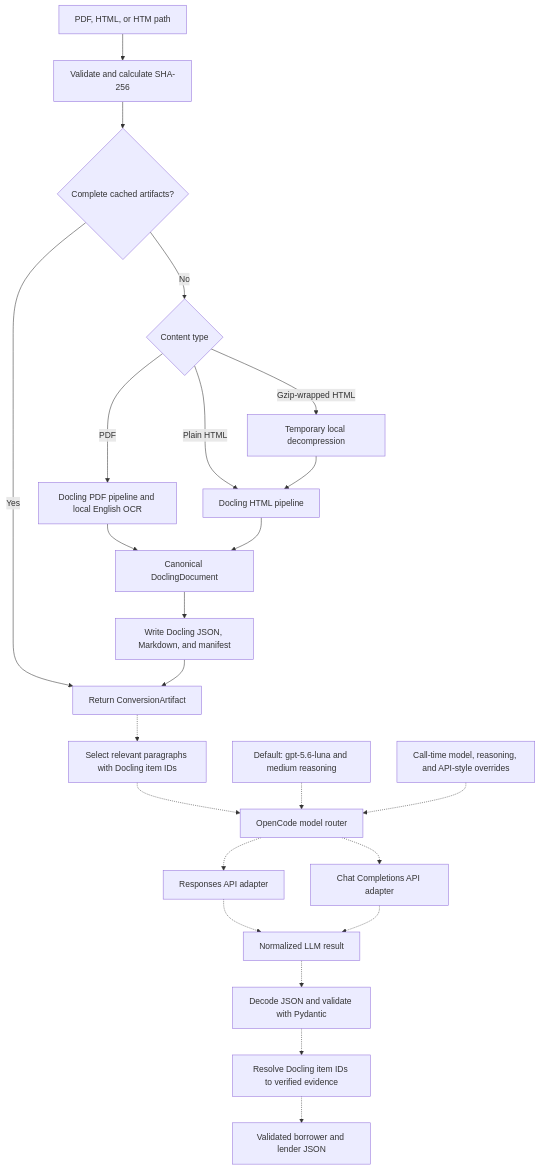
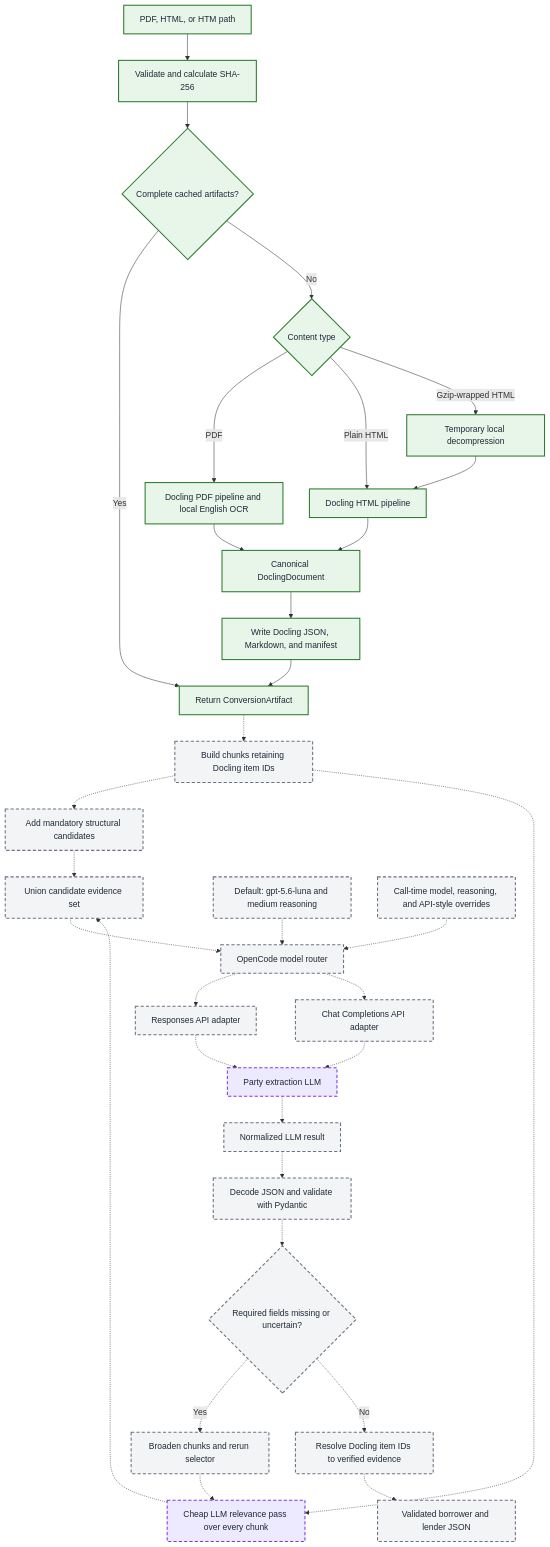
One commit to Ashrit-K/credit-agreement-parsing changed the diagram in docs/conversion_pipeline.md. Above: the diagram before and after it, drawn with Mermaid. The commit also changed other lines of this file and 1 other file, not shown here.

Commit message:
docs: add selector LLM pipeline

````diff
--- a/docs/conversion_pipeline.md
+++ b/docs/conversion_pipeline.md
@@ -58,26 +74,44 @@
 ```mermaid
 flowchart TD
     A[PDF, HTML, or HTM path] --> B[Validate and calculate SHA-256]
     B --> C{Complete cached artifacts?}
     C -->|Yes| J[Return ConversionArtifact]
     C -->|No| D{Content type}
     D -->|PDF| E[Docling PDF pipeline and local English OCR]
     D -->|Plain HTML| F[Docling HTML pipeline]
     D -->|Gzip-wrapped HTML| G[Temporary local decompression]
     G --> F
     E --> H[Canonical DoclingDocument]
     F --> H
     H --> I[Write Docling JSON, Markdown, and manifest]
     I --> J
-    J -.-> K[Select relevant paragraphs with Docling item IDs]
-    K -.-> R[OpenCode model router]
+
+    J -.-> K[Build chunks retaining Docling item IDs]
+    K -.-> DS[Add mandatory structural candidates]
+    K -.-> S[Cheap LLM relevance pass over every chunk]
+    DS -.-> U[Union candidate evidence set]
+    S -.-> U
+    U -.-> R[OpenCode model router]
     O[Default: gpt-5.6-luna and medium reasoning] -.-> R
     P[Call-time model, reasoning, and API-style overrides] -.-> R
     R -.-> RA[Responses API adapter]
     R -.-> CA[Chat Completions API adapter]
-    RA -.-> LR[Normalized LLM result]
-    CA -.-> LR
+    RA -.-> X[Party extraction LLM]
+    CA -.-> X
+    X -.-> LR[Normalized LLM result]
     LR -.-> V[Decode JSON and validate with Pydantic]
-    V -.-> M[Resolve Docling item IDs to verified evidence]
+    V -.-> Q{Required fields missing or uncertain?}
+    Q -.->|Yes| W[Broaden chunks and rerun selector]
+    W -.-> S
+    Q -.->|No| M[Resolve Docling item IDs to verified evidence]
     M -.-> N[Validated borrower and lender JSON]
+
+    classDef implemented fill:#e8f5e9,stroke:#2e7d32,stroke-width:2px,color:#1f2937;
+    classDef pending fill:#f3f4f6,stroke:#6b7280,stroke-width:2px,stroke-dasharray:6 4,color:#1f2937;
+    classDef cognitiveImplemented fill:#ede9fe,stroke:#7c3aed,stroke-width:2px,color:#1f2937;
+    classDef cognitivePending fill:#ede9fe,stroke:#7c3aed,stroke-width:2px,stroke-dasharray:6 4,color:#1f2937;
+
+    class A,B,C,D,E,F,G,H,I,J implemented;
+    class K,DS,U,R,O,P,RA,CA,LR,V,Q,W,M,N pending;
+    class S,X cognitivePending;
 ```
````
